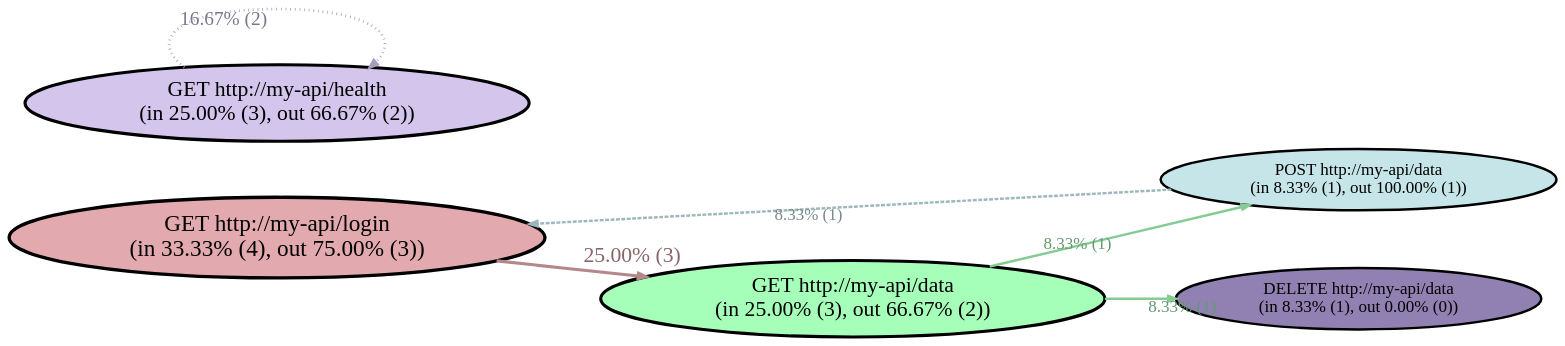
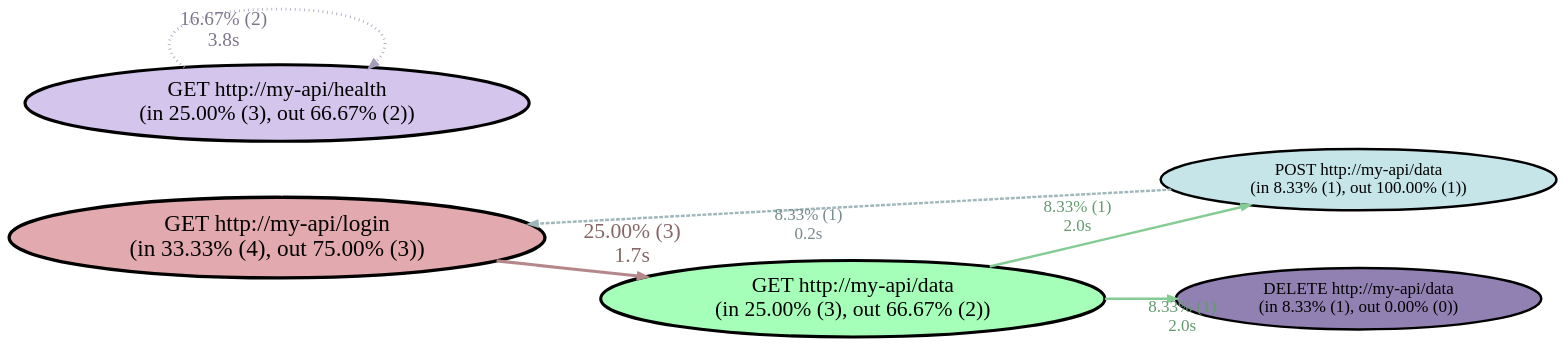
The diagram in examples/simple.dot (tkriik/apathy), drawn with Graphviz before and after one commit. The commit also changed 4 other files, not shown here.

```diff
--- a/examples/simple.dot
+++ b/examples/simple.dot
@@ -1,28 +1,28 @@
 digraph apathy_graph {
     nodesep=1.0;
     rankdir=LR;
     ranksep=1.0;
 
     subgraph s0 {
         rank = same;
         r0 [label="GET http://my-api/login\n(in 33.33% (4), out 75.00% (3))", fontsize=30, style=filled, fillcolor="#e2aaae", penwidth=4.309401];
         r1 [label="GET http://my-api/health\n(in 25.00% (3), out 66.67% (2))", fontsize=28, style=filled, fillcolor="#d3c5eb", penwidth=4.000000];
     }
 
     subgraph s1 {
         rank = same;
         r2 [label="GET http://my-api/data\n(in 25.00% (3), out 66.67% (2))", fontsize=28, style=filled, fillcolor="#a6ffb9", penwidth=4.000000];
     }
 
     subgraph s2 {
         rank = same;
         r3 [label="POST http://my-api/data\n(in 8.33% (1), out 100.00% (1))", fontsize=22, style=filled, fillcolor="#c6e5e9", penwidth=3.154701];
         r4 [label="DELETE http://my-api/data\n(in 8.33% (1), out 0.00% (0))", fontsize=22, style=filled, fillcolor="#9180b2", penwidth=3.154701];
     }
 
-    r0 -> r2 [xlabel="25.00% (3)", fontsize=28, style="solid", color="#b4888b", fontcolor="#876668", penwidth=4.000000];
-    r1 -> r1 [xlabel="16.67% (2)", fontsize=25, style="dotted", color="#a89dbc", fontcolor="#7e768d", penwidth=3.632993];
-    r2 -> r3 [xlabel="8.33% (1)", fontsize=22, style="solid", color="#84cc94", fontcolor="#63996f", penwidth=3.154701];
-    r2 -> r4 [xlabel="8.33% (1)", fontsize=22, style="solid", color="#84cc94", fontcolor="#63996f", penwidth=3.154701];
-    r3 -> r0 [xlabel="8.33% (1)", fontsize=22, style="dashed", color="#9eb7ba", fontcolor="#76898b", penwidth=3.154701];
+    r0 -> r2 [xlabel="25.00% (3)\n1.7s", fontsize=28, style="solid", color="#b4888b", fontcolor="#876668", penwidth=4.000000];
+    r1 -> r1 [xlabel="16.67% (2)\n3.8s", fontsize=25, style="dotted", color="#a89dbc", fontcolor="#7e768d", penwidth=3.632993];
+    r2 -> r3 [xlabel="8.33% (1)\n2.0s", fontsize=22, style="solid", color="#84cc94", fontcolor="#63996f", penwidth=3.154701];
+    r2 -> r4 [xlabel="8.33% (1)\n2.0s", fontsize=22, style="solid", color="#84cc94", fontcolor="#63996f", penwidth=3.154701];
+    r3 -> r0 [xlabel="8.33% (1)\n0.2s", fontsize=22, style="dashed", color="#9eb7ba", fontcolor="#76898b", penwidth=3.154701];
 }
```
